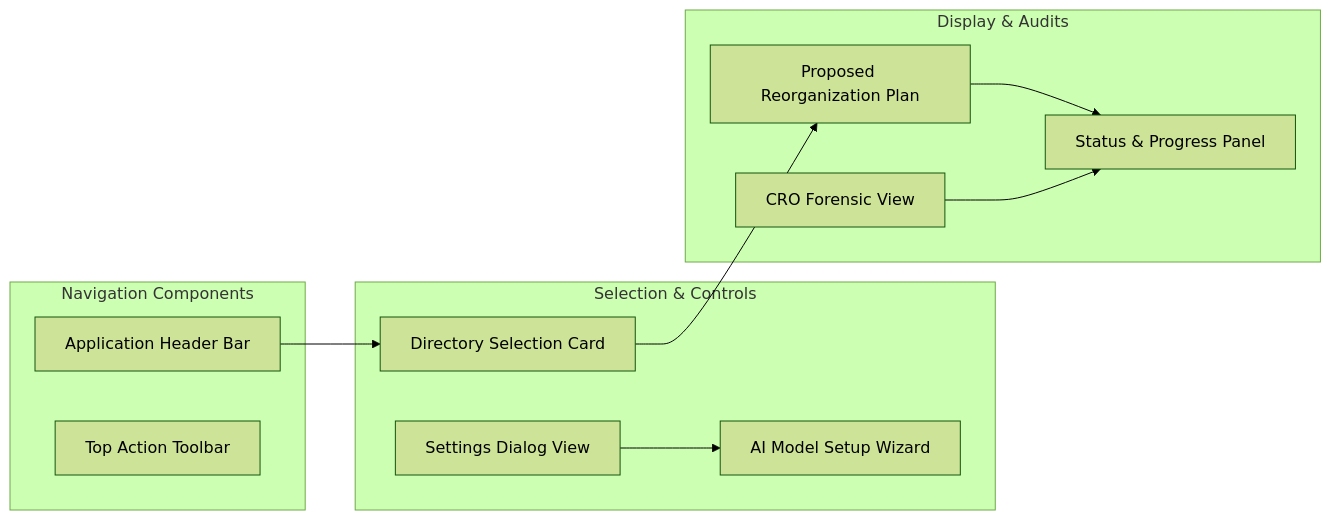
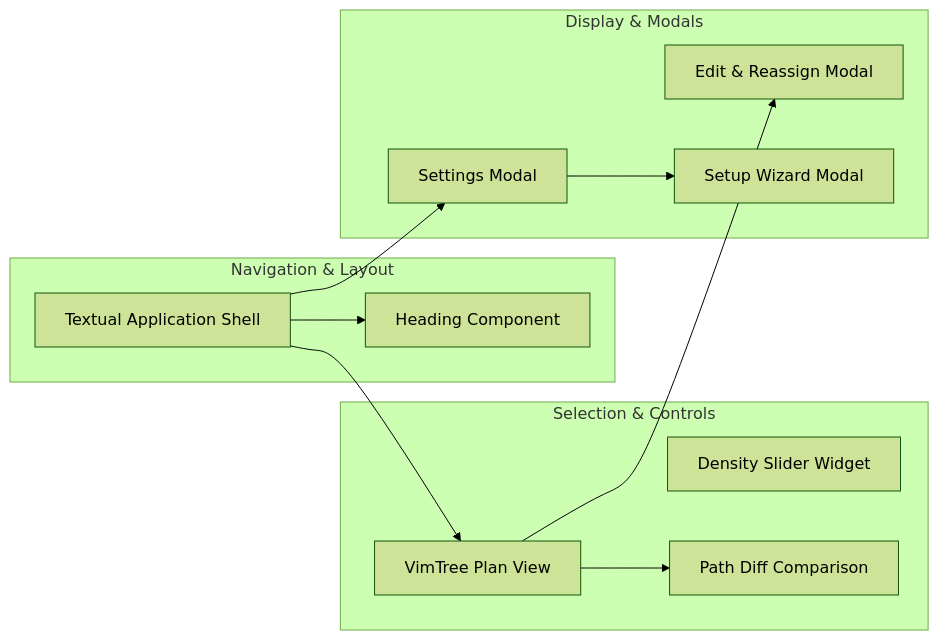
The diagram in docs/assets/diagrams/ui_component_hierarchy.mmd (fderuiter/sortify), drawn with Mermaid (forest theme) before and after one commit. The commit also changed 5 other files, not shown here.

Commit message:
docs: align terminal user guide copy and component diagrams (#1025)

```diff
--- a/docs/assets/diagrams/ui_component_hierarchy.mmd
+++ b/docs/assets/diagrams/ui_component_hierarchy.mmd
@@ -1,28 +1,29 @@
 graph LR
-    subgraph nav ["Navigation Components"]
-        header_bar["Application Header Bar"]
-        toolbar["Top Action Toolbar"]
+    subgraph nav ["Navigation & Layout"]
+        tui_app["Textual Application Shell"]
+        heading["Heading Component"]
     end
     subgraph inputs ["Selection & Controls"]
-        directory_selection["Directory Selection Card"]
-        settings_modal["Settings Dialog View"]
-        setup_wizard["AI Model Setup Wizard"]
+        vim_tree["VimTree Plan View"]
+        density_slider["Density Slider Widget"]
+        path_diff["Path Diff Comparison"]
     end
-    subgraph views ["Display & Audits"]
-        plan_treeview["Proposed Reorganization Plan"]
-        cro_forensic_dialog["CRO Forensic View"]
-        status_progress_panel["Status & Progress Panel"]
+    subgraph views ["Display & Modals"]
+        edit_modal["Edit & Reassign Modal"]
+        settings_modal["Settings Modal"]
+        setup_wizard["Setup Wizard Modal"]
     end
-    header_bar --> directory_selection
-    directory_selection --> plan_treeview
-    plan_treeview --> status_progress_panel
+    tui_app --> heading
+    tui_app --> vim_tree
+    vim_tree --> edit_modal
+    vim_tree --> path_diff
+    tui_app --> settings_modal
     settings_modal --> setup_wizard
-    cro_forensic_dialog --> status_progress_panel
-    click header_bar "docs/ui.md#appuiheader_bar" "Header Bar Component"
-    click toolbar "docs/ui.md" "Top Action Toolbar"
-    click directory_selection "docs/ui.md#appuidirectory_selection" "Directory Selection Component"
-    click settings_modal "docs/ui.md#appuisettings_modal" "Settings Dialog View Component"
-    click setup_wizard "docs/ui.md#appuisetup_wizard" "AI Model Setup Wizard Component"
-    click plan_treeview "docs/ui.md#appuiplan_treeview" "Proposed Reorganization Plan Component"
-    click cro_forensic_dialog "docs/ui.md#appuicro_forensic_dialog" "CRO Forensic View Component"
-    click status_progress_panel "docs/ui.md#appuistatus_progress_panel" "Status & Progress Panel Component"
+    click tui_app "docs/ui.md#appuitui" "Main Terminal UI Container"
+    click heading "docs/ui.md#appuiheading" "Header & Title Bar"
+    click vim_tree "docs/ui.md#appuiwidgetsvim_tree" "Interactive Directory Plan Tree"
+    click density_slider "docs/ui.md#appuiwidgetsdensity_slider" "Layout Density Control"
+    click path_diff "docs/ui.md#appuiwidgetspath_diff" "Path Diff Preview Component"
+    click edit_modal "docs/ui.md#appuimodalsedit" "File Reassignment and Node Edit Dialog"
+    click settings_modal "docs/ui.md#appuimodalssettings" "Application Settings Dialog"
+    click setup_wizard "docs/ui.md#appuimodalswizard" "First-Run Configuration Wizard"
```
